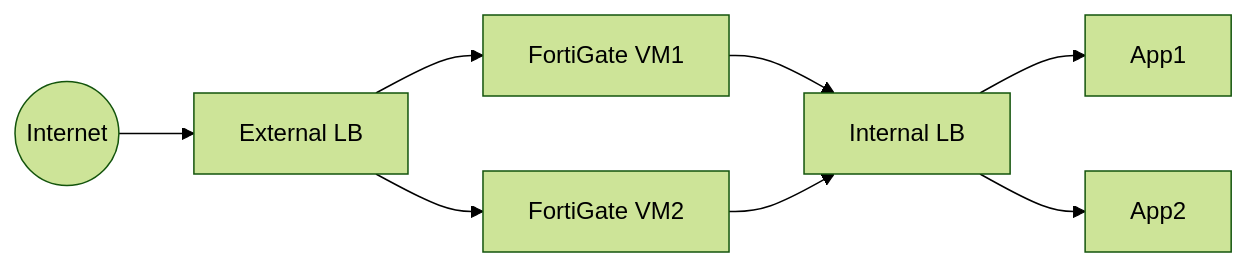
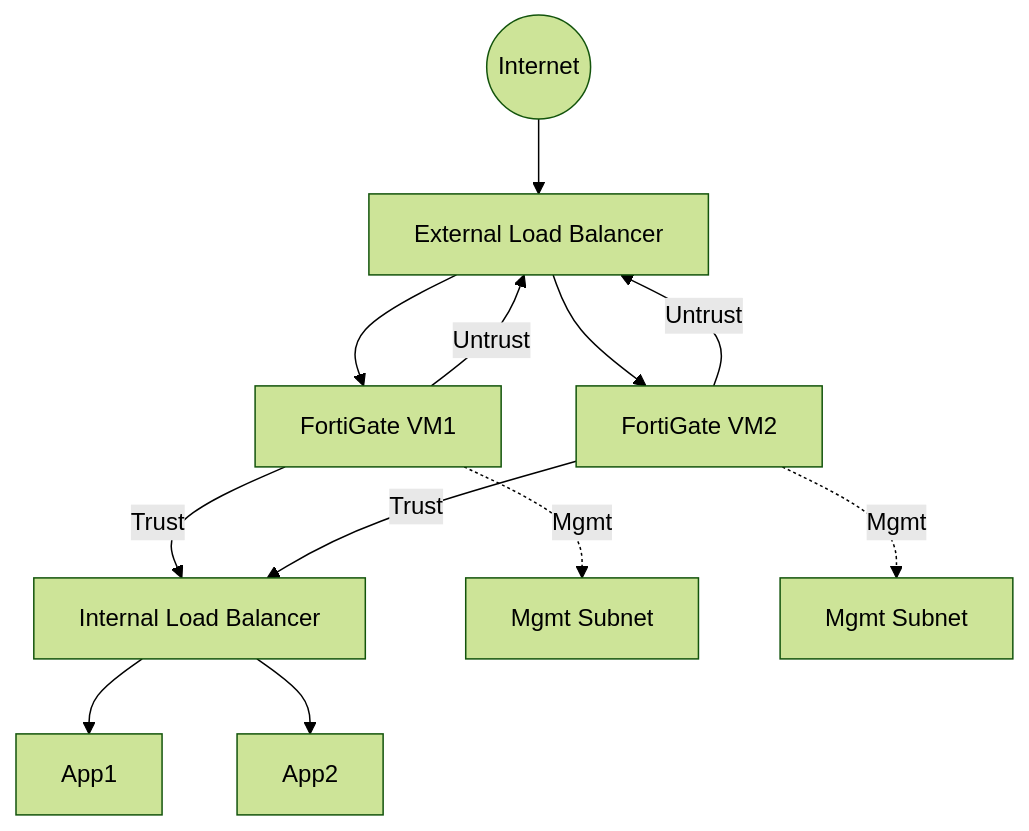
One commit to vaibhavCodian/Gcp-NVA-Playground changed the second of 6 diagrams in Firewalls/fortinet/README.md. Above: the diagram before and after it, drawn with Mermaid (forest theme). The commit also changed other lines of this file, not shown here.

````diff
--- a/Firewalls/fortinet/README.md
+++ b/Firewalls/fortinet/README.md
@@ -48,9 +50,14 @@
 ```mermaid
-flowchart LR
-    Internet((Internet)) --> ELB[External LB]
+flowchart TD
+    Internet((Internet)) --> ELB[External Load Balancer]
     ELB --> FG1[FortiGate VM1]
     ELB --> FG2[FortiGate VM2]
-    FG1 & FG2 --> ILB[Internal LB]
+    FG1 -- Untrust --> ELB
+    FG2 -- Untrust --> ELB
+    FG1 -- Trust --> ILB[Internal Load Balancer]
+    FG2 -- Trust --> ILB
     ILB --> App1[App1]
     ILB --> App2[App2]
+    FG1 -. Mgmt .-> Mgmt1[Mgmt Subnet]
+    FG2 -. Mgmt .-> Mgmt2[Mgmt Subnet]
 ```
````
